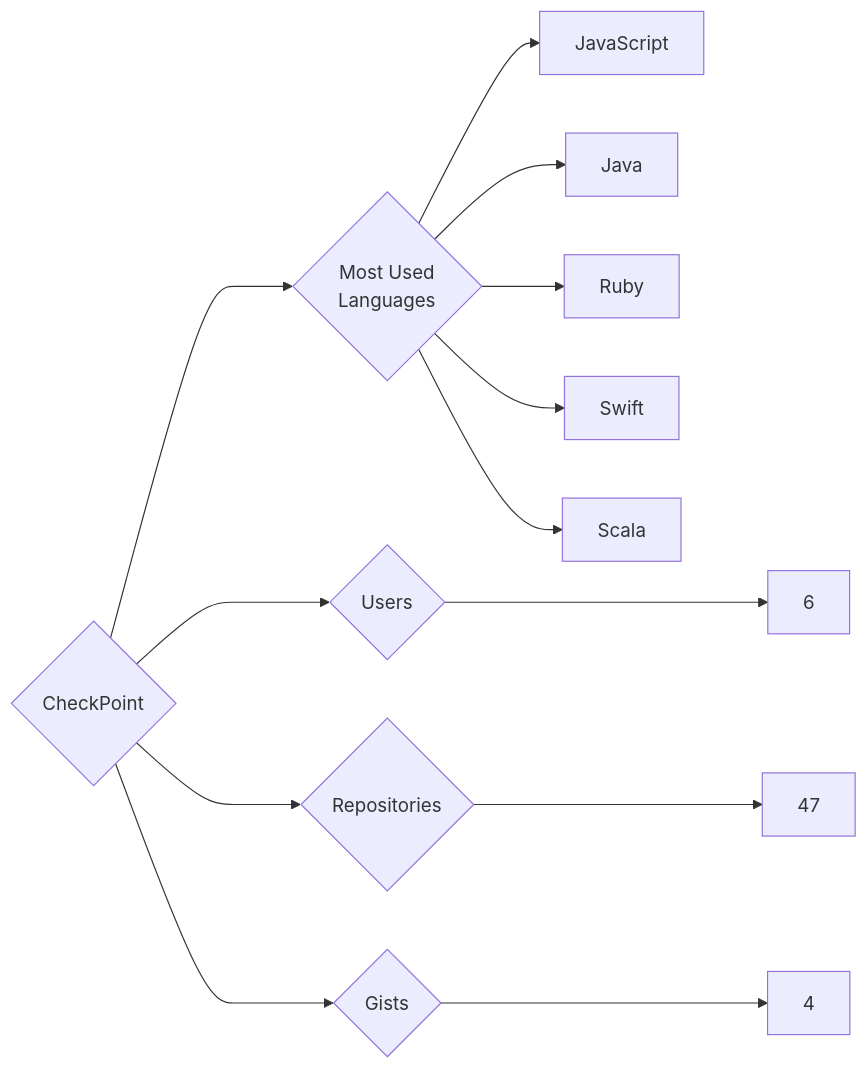
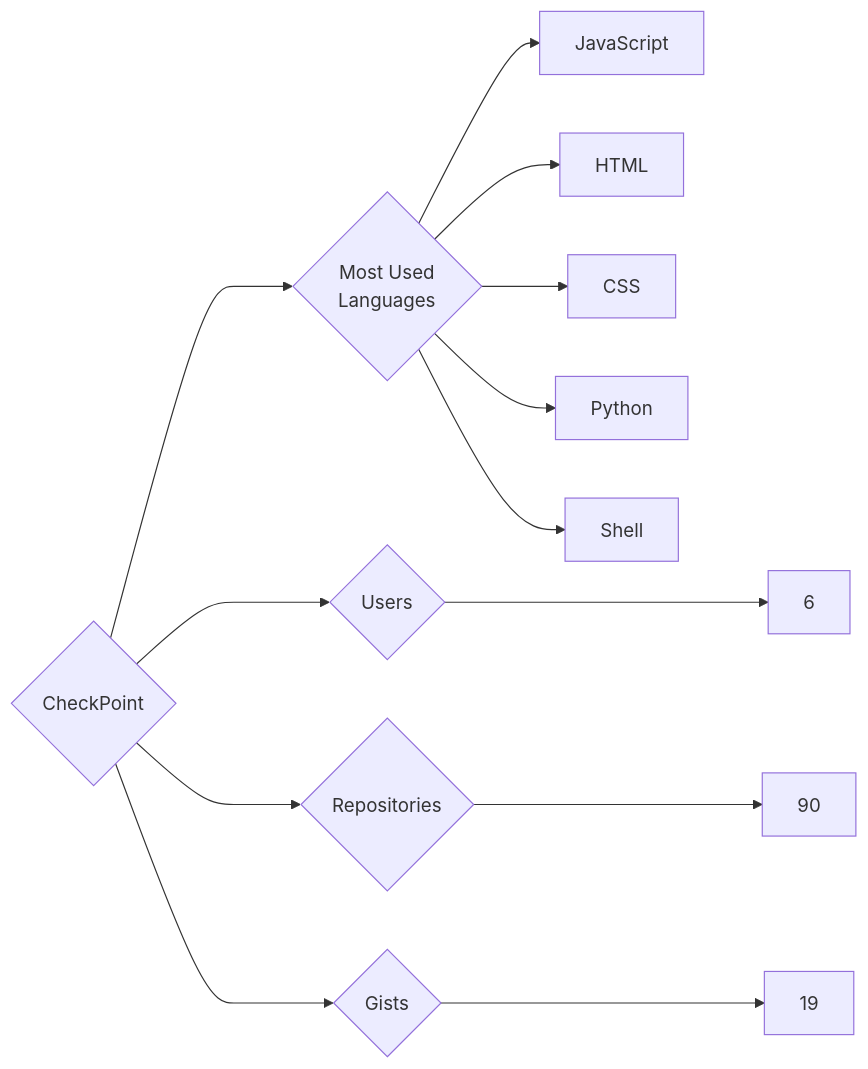
Before and after one commit to trickest/insiders: the diagram in targets/CheckPoint/README.md, drawn with Mermaid. The commit also changed 1148 other files, not shown here.

````diff
--- a/targets/CheckPoint/README.md
+++ b/targets/CheckPoint/README.md
@@ -3,13 +3,13 @@
 ```mermaid
 graph LR
 COMPANY_NAME{CheckPoint}
 COMPANY_NAME ---> U{Users} ---> UN[6]
-COMPANY_NAME ---> R{Repositories} ---> RN[47]
-COMPANY_NAME ---> G{Gists} ---> GN[4]
+COMPANY_NAME ---> R{Repositories} ---> RN[90]
+COMPANY_NAME ---> G{Gists} ---> GN[19]
 COMPANY_NAME ---> ML{Most Used<br>Languages}
 ML --> JavaScript[JavaScript]
-ML --> Java[Java]
-ML --> Ruby[Ruby]
-ML --> Swift[Swift]
-ML --> Scala[Scala]
+ML --> HTML[HTML]
+ML --> CSS[CSS]
+ML --> Python[Python]
+ML --> Shell[Shell]
 ```
````
